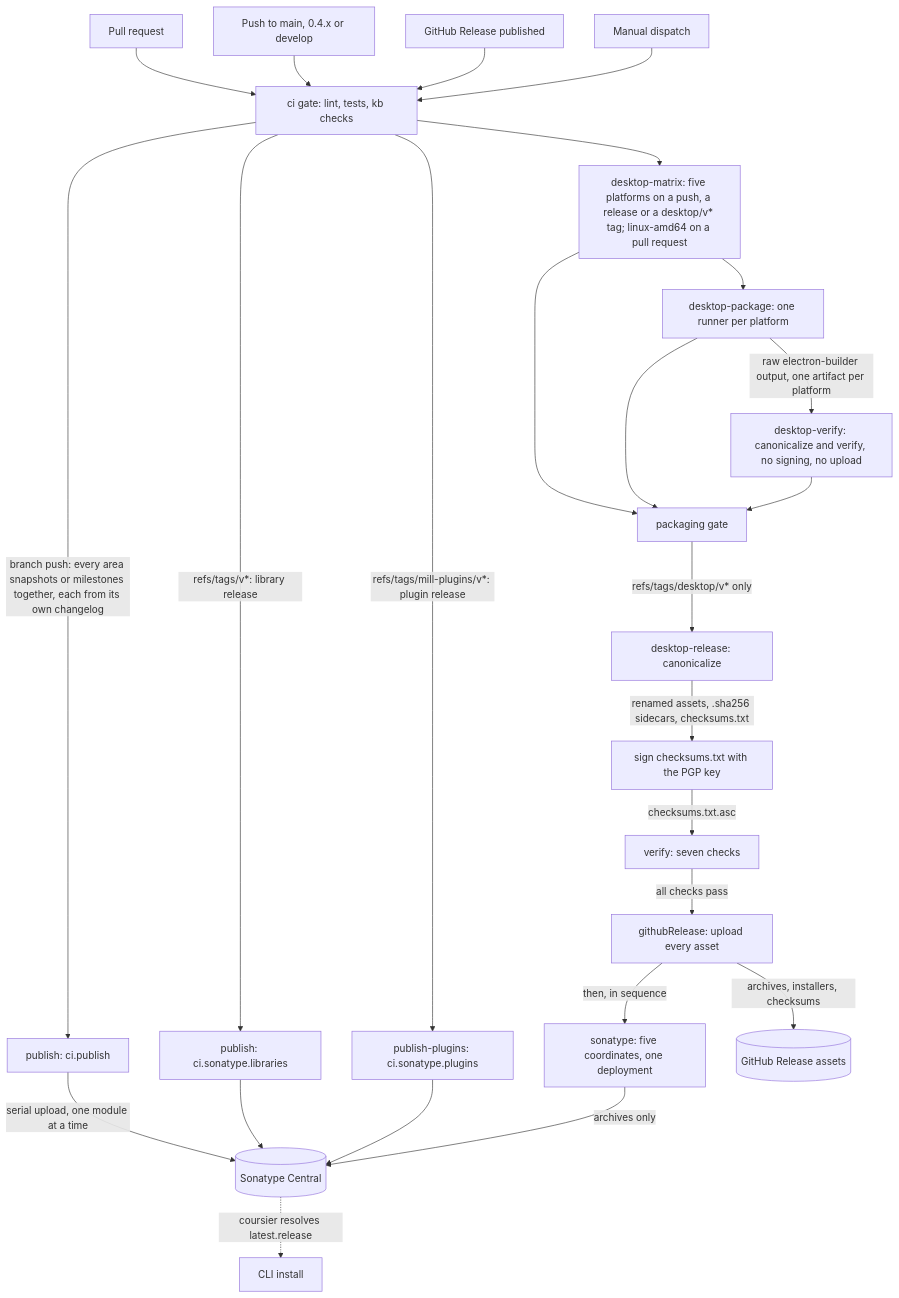
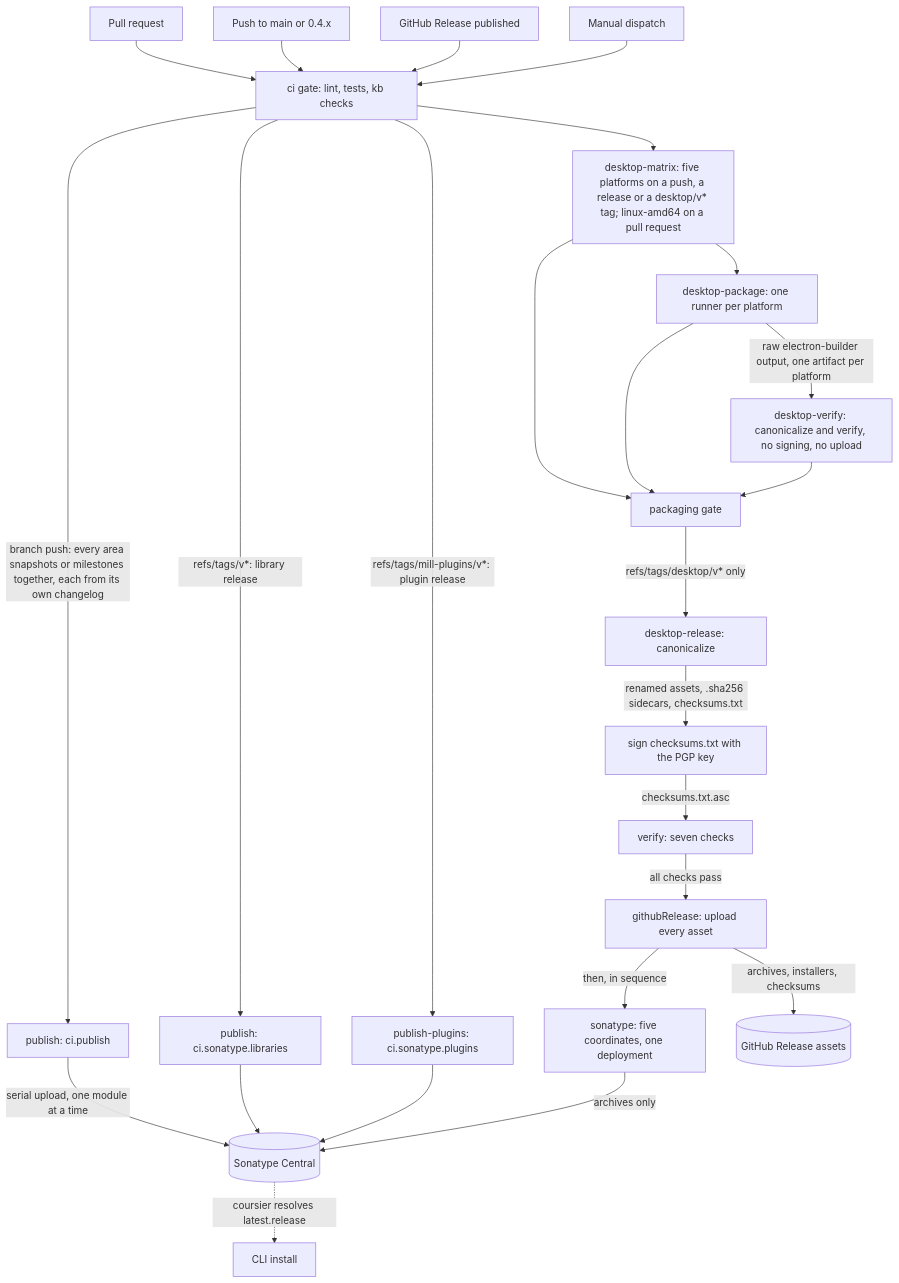
Before and after one commit to finos/morphir-scala: the diagram in kb/bundles/morphir/morphir-scala/packaging-and-release.md, drawn with Mermaid. The commit also changed other lines of this file and 10 other files, not shown here.

````diff
--- a/kb/bundles/morphir/morphir-scala/packaging-and-release.md
+++ b/kb/bundles/morphir/morphir-scala/packaging-and-release.md
@@ -33,31 +33,31 @@
 ```mermaid
 flowchart TD
     PR[Pull request] --> Gate[ci gate: lint, tests, kb checks]
-    Push[Push to main, 0.4.x or develop] --> Gate
+    Push[Push to main or 0.4.x] --> Gate
     Rel[GitHub Release published] --> Gate
     Dispatch[Manual dispatch] --> Gate
 
     Gate -->|branch push: every area snapshots or milestones together, each from its own changelog| PublishAll[publish: ci.publish]
     Gate -->|refs/tags/v*: library release| PublishLib[publish: ci.sonatype.libraries]
     Gate -->|refs/tags/mill-plugins/v*: plugin release| PublishPlugins[publish-plugins: ci.sonatype.plugins]
     PublishAll -->|serial upload, one module at a time| Sonatype[(Sonatype Central)]
     PublishLib --> Sonatype
     PublishPlugins --> Sonatype
 
     Gate --> Matrix[desktop-matrix: five platforms on a push, a release or a desktop/v* tag; linux-amd64 on a pull request]
     Matrix --> Package[desktop-package: one runner per platform]
     Package -->|raw electron-builder output, one artifact per platform| CiVerify[desktop-verify: canonicalize and verify, no signing, no upload]
     Matrix --> Packaging[packaging gate]
     Package --> Packaging
     CiVerify --> Packaging
 
     Packaging -->|refs/tags/desktop/v* only| Canon[desktop-release: canonicalize]
     Canon -->|renamed assets, .sha256 sidecars, checksums.txt| Sign[sign checksums.txt with the PGP key]
     Sign -->|checksums.txt.asc| Verify[verify: seven checks]
     Verify -->|all checks pass| GhRelease[githubRelease: upload every asset]
     GhRelease -->|then, in sequence| DesktopSonatype[sonatype: five coordinates, one deployment]
     GhRelease -->|archives, installers, checksums| GhAssets[(GitHub Release assets)]
     DesktopSonatype -->|archives only| Sonatype
 
     Sonatype -.->|coursier resolves latest.release| Cli[CLI install]
 ```
````
